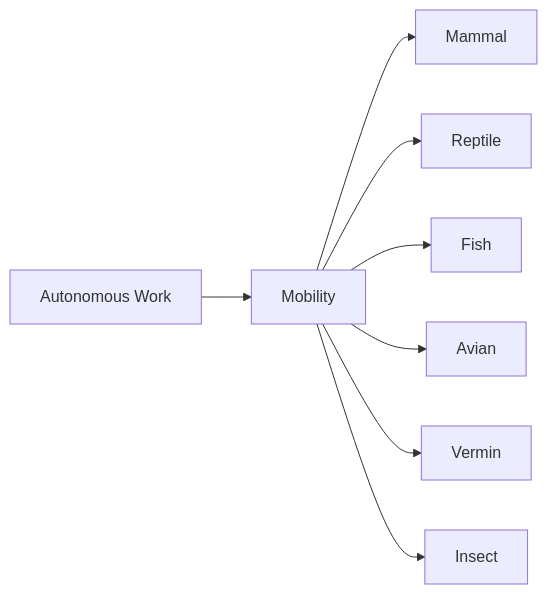
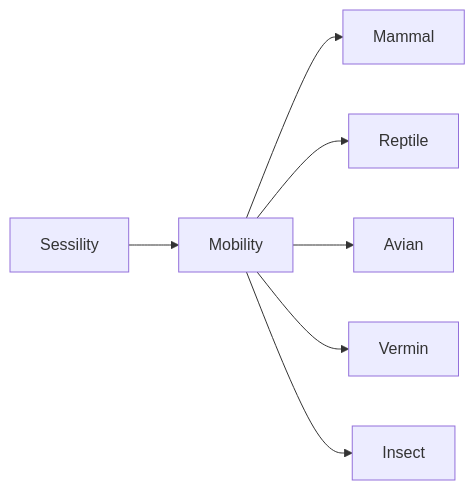
One commit to RagtimeGal/quartz--encyclopedia-mysenvaria changed the third of 3 diagrams in content/Encyclopedia Mysenvaria/Culture/Sciences & Technologies/Scientific Theories & Laws/Evolutionary Classification.md. Above: the diagram before and after it, drawn with Mermaid. The commit also changed other lines of this file and 144 other files, not shown here.

````diff
--- a/content/Encyclopedia Mysenvaria/Culture/Sciences & Technologies/Scientific Theories & Laws/Evolutionary Classification.md
+++ b/content/Encyclopedia Mysenvaria/Culture/Sciences & Technologies/Scientific Theories & Laws/Evolutionary Classification.md
@@ -46,11 +51,10 @@
 ```mermaid
 graph LR
-Taxa[Autonomous Work]
+Taxa[Sessility]
 Taxa-->Taxa2[Mobility]
 Taxa2-->Taxa21[Mammal]
 Taxa2-->Taxa22[Reptile]
-Taxa2-->Taxa23[Fish]
-Taxa2-->Taxa24[Avian]
-Taxa2-->Taxa25[Vermin]
-Taxa2-->Taxa26[Insect]
+Taxa2-->Taxa23[Avian]
+Taxa2-->Taxa24[Vermin]
+Taxa2-->Taxa25[Insect]
 ```
````
